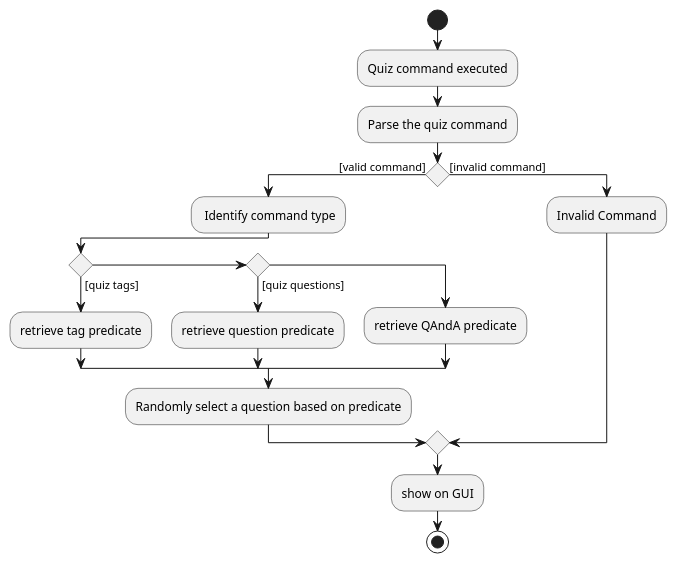
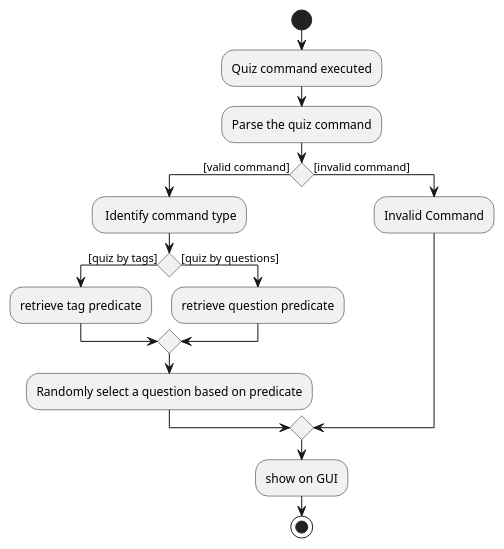
Before and after one commit to yongmingyang/tp: the diagram in docs/diagrams/QuizActivityDiagram.puml, drawn with PlantUML. The commit also changed 1 other file, not shown here.

Commit message:
Edit DG Quiz activity diagram

```diff
--- a/docs/diagrams/QuizActivityDiagram.puml
+++ b/docs/diagrams/QuizActivityDiagram.puml
@@ -1,22 +1,20 @@
 @startuml
 start
 :Quiz command executed;
 :Parse the quiz command;
 
 if () then ([valid command])
   : Identify command type;
-    if () then ([quiz tags])
+    if () then ([quiz by tags])
       :retrieve tag predicate;
-    elseif () then ([quiz questions])
+    else ([quiz by questions])
       :retrieve question predicate;
-    else
-      :retrieve QAndA predicate;
     endif
    :Randomly select a question based on predicate;
 
 else ([invalid command])
   :Invalid Command;
 endif
 :show on GUI;
 stop
 @enduml
```
